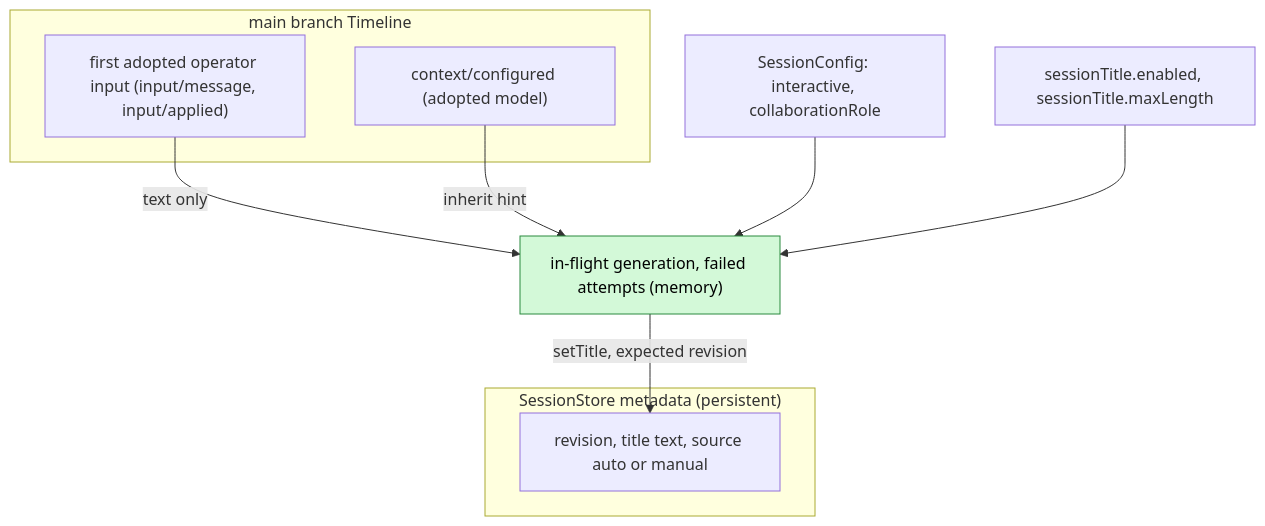
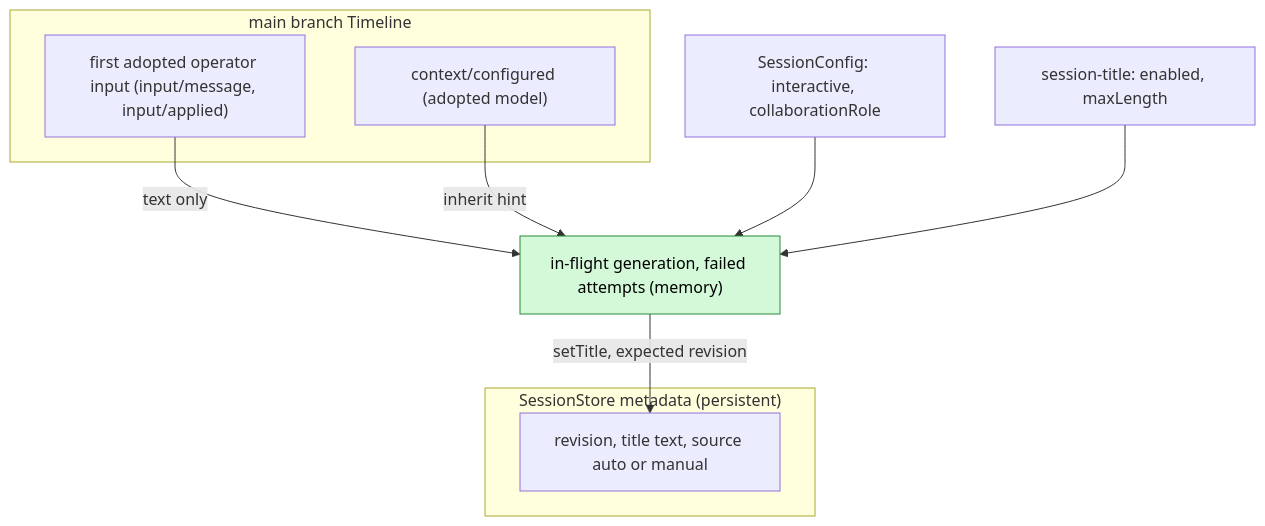
One commit to CoutinhoTTS/dim-agent changed the second of 5 diagrams in docs/design/plugins/SessionTitle.md. Above: the diagram before and after it, drawn with Mermaid. The commit also changed other lines of this file and 27 other files, not shown here.

````diff
--- a/docs/design/plugins/SessionTitle.md
+++ b/docs/design/plugins/SessionTitle.md
@@ -43,19 +43,19 @@
 ```mermaid
 flowchart TB
   subgraph TLM["main branch Timeline"]
     FUI["first adopted operator input (input/message, input/applied)"]
     CC["context/configured (adopted model)"]
   end
   subgraph STORE["SessionStore metadata (persistent)"]
     MD["revision, title text, source auto or manual"]
   end
   CONF["SessionConfig: interactive, collaborationRole"]
-  CFG["sessionTitle.enabled, sessionTitle.maxLength"]
+  CFG["session-title: enabled, maxLength"]
   MEM["in-flight generation, failed attempts (memory)"]:::new
   FUI -->|"text only"| MEM
   CC -->|"inherit hint"| MEM
   CONF --> MEM
   CFG --> MEM
   MEM -->|"setTitle, expected revision"| MD
   classDef new fill:#d3f9d8,stroke:#2b8a3e,color:#000
 ```
````
